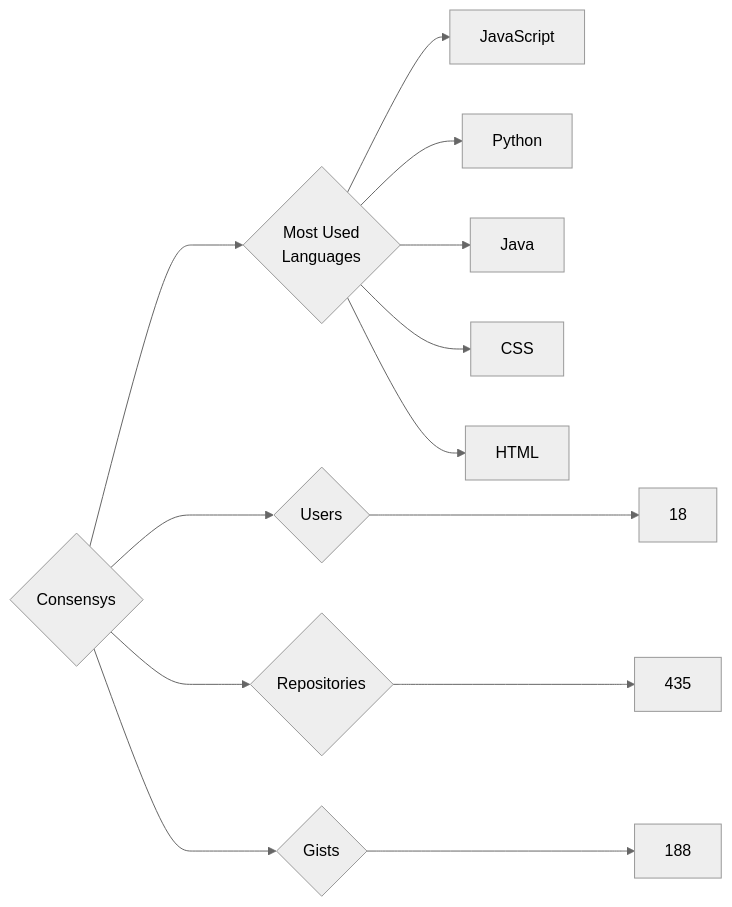
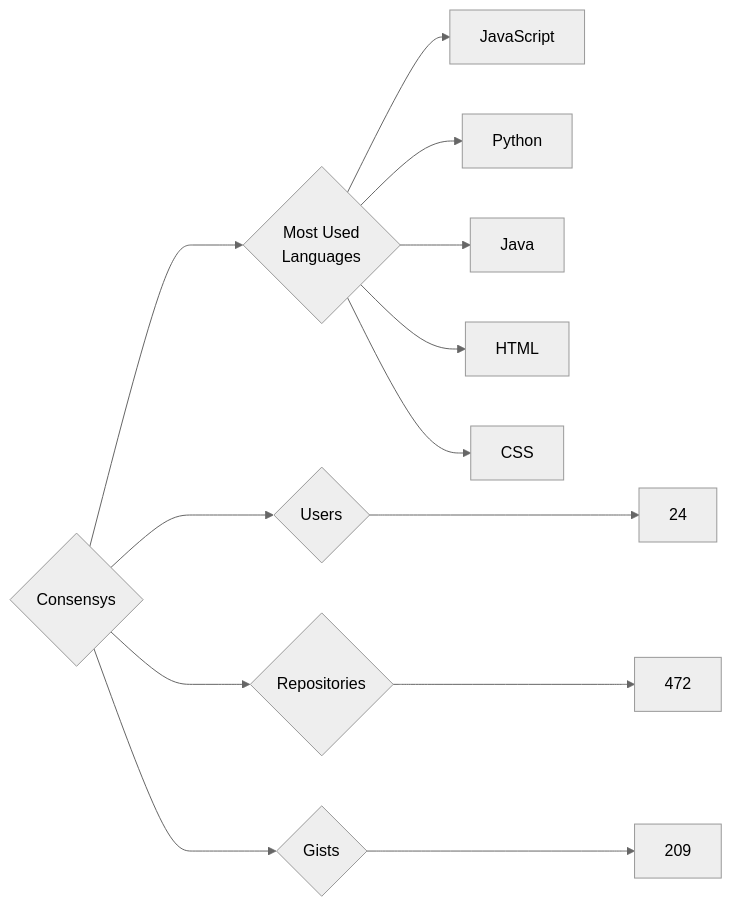
Before and after one commit to trickest/insiders: the diagram in targets/Consensys/README.md, drawn with Mermaid (neutral theme). The commit also changed 998 other files, not shown here.

````diff
--- a/targets/Consensys/README.md
+++ b/targets/Consensys/README.md
@@ -3,13 +3,13 @@
 ```mermaid
 graph LR
 COMPANY_NAME{Consensys}
-COMPANY_NAME ---> U{Users} ---> UN[18]
-COMPANY_NAME ---> R{Repositories} ---> RN[435]
-COMPANY_NAME ---> G{Gists} ---> GN[188]
+COMPANY_NAME ---> U{Users} ---> UN[24]
+COMPANY_NAME ---> R{Repositories} ---> RN[472]
+COMPANY_NAME ---> G{Gists} ---> GN[209]
 COMPANY_NAME ---> ML{Most Used<br>Languages}
 ML --> JavaScript[JavaScript]
 ML --> Python[Python]
 ML --> Java[Java]
+ML --> HTML[HTML]
 ML --> CSS[CSS]
-ML --> HTML[HTML]
 ```
````
